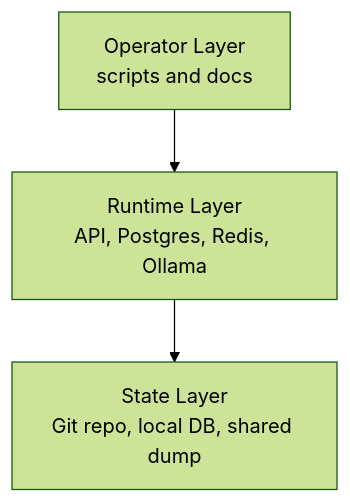
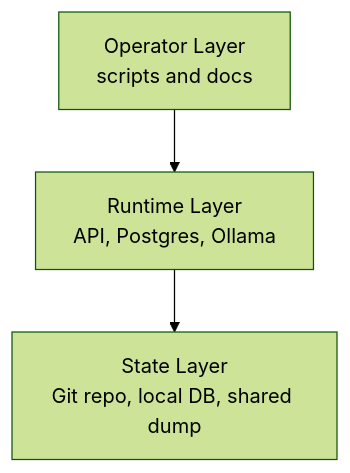
One commit to swinneyj/soc-plaform changed the first of 8 diagrams in docs/SYSTEM_VISUAL_MAP.md. Above: the diagram before and after it, drawn with Mermaid (forest theme). The commit also changed other lines of this file and 16 other files, not shown here.

First line of the commit message:
docs + scripts: Redis removal (compose + docs + scripts), tracker hardening, backup Homebrew-path fix

````diff
--- a/docs/SYSTEM_VISUAL_MAP.md
+++ b/docs/SYSTEM_VISUAL_MAP.md
@@ -23,5 +23,5 @@
 ```mermaid
 flowchart TD
-    A[Operator Layer<br/>scripts and docs] --> B[Runtime Layer<br/>API, Postgres, Redis, Ollama]
+    A[Operator Layer<br/>scripts and docs] --> B[Runtime Layer<br/>API, Postgres, Ollama]
     B --> C[State Layer<br/>Git repo, local DB, shared dump]
 ```
````
